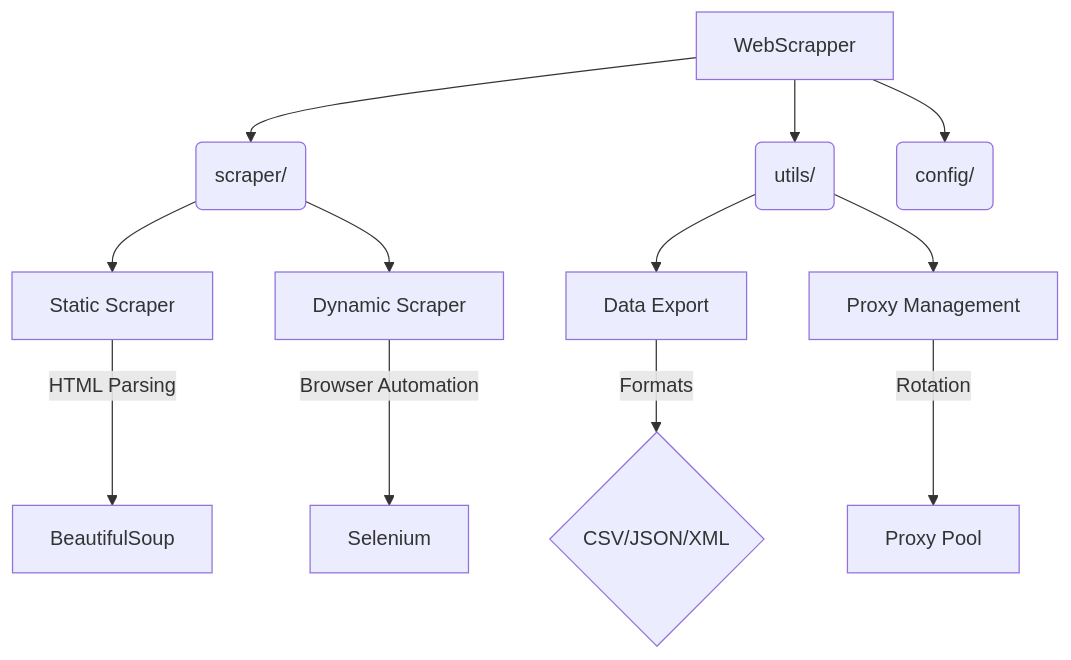
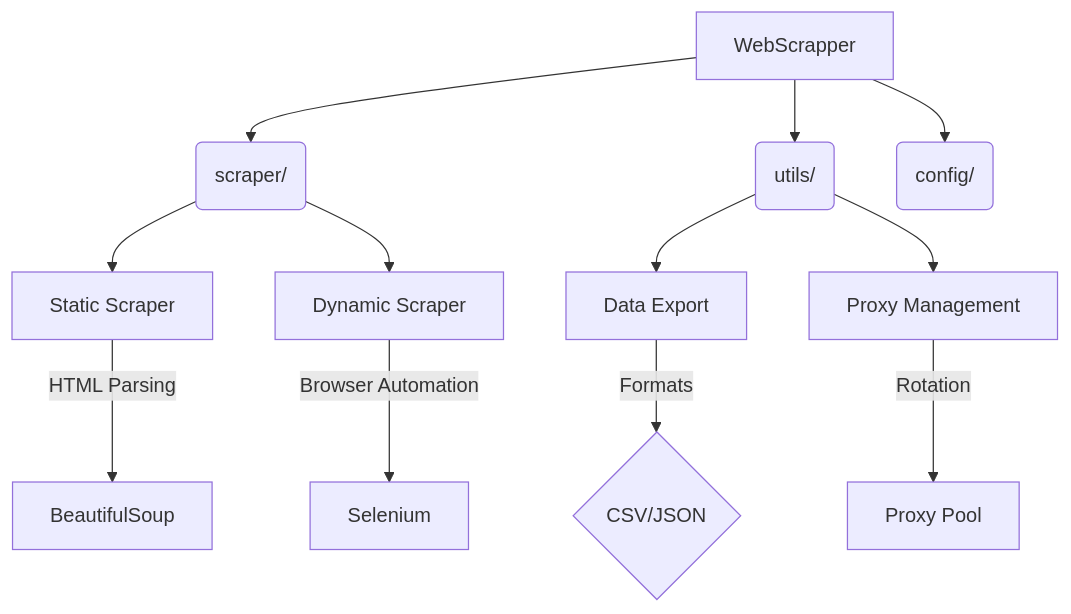
The diagram in README.md (SakshiBishnoi/WebScrapper), drawn with Mermaid before and after one commit. The commit also changed other lines of this file, not shown here.

````diff
--- a/README.md
+++ b/README.md
@@ -89,17 +119,17 @@
 ```mermaid
 flowchart TD
     A[WebScrapper] --> B(scraper/)
     A --> C(utils/)
     A --> D(config/)
     
     B --> E[Static Scraper]
     B --> F[Dynamic Scraper]
     
     C --> G[Data Export]
     C --> H[Proxy Management]
     
     E -->|HTML Parsing| I[BeautifulSoup]
     F -->|Browser Automation| J[Selenium]
-    G -->|Formats| K{CSV/JSON/XML}
+    G -->|Formats| K{CSV/JSON}
     H -->|Rotation| L[Proxy Pool]
 ```
````
